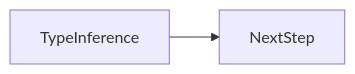
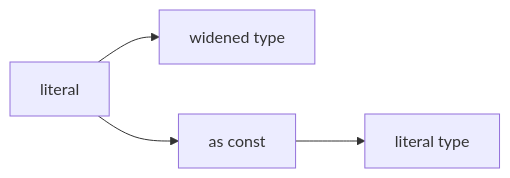
One commit to OmidJavaherii/Frontend-Engineering-Handbook changed the second of 2 diagrams in docs/en/07-typescript/type-inference/index.md. Above: the diagram before and after it, drawn with Mermaid. The commit also changed other lines of this file and 461 other files, not shown here.

````diff
--- a/docs/en/07-typescript/type-inference/index.md
+++ b/docs/en/07-typescript/type-inference/index.md
@@ -94,4 +121,6 @@
 ```mermaid
 flowchart LR
-  concept[TypeInference] --> nextStep[NextStep]
+  Lit[literal] --> Wide[widened type]
+  Lit --> AsConst[as const]
+  AsConst --> Narrow[literal type]
 ```
````
